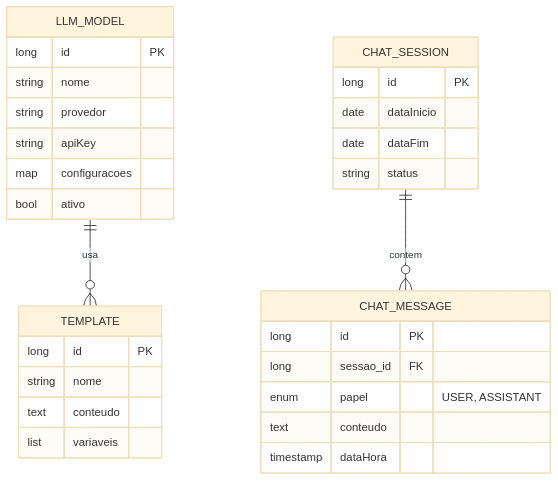
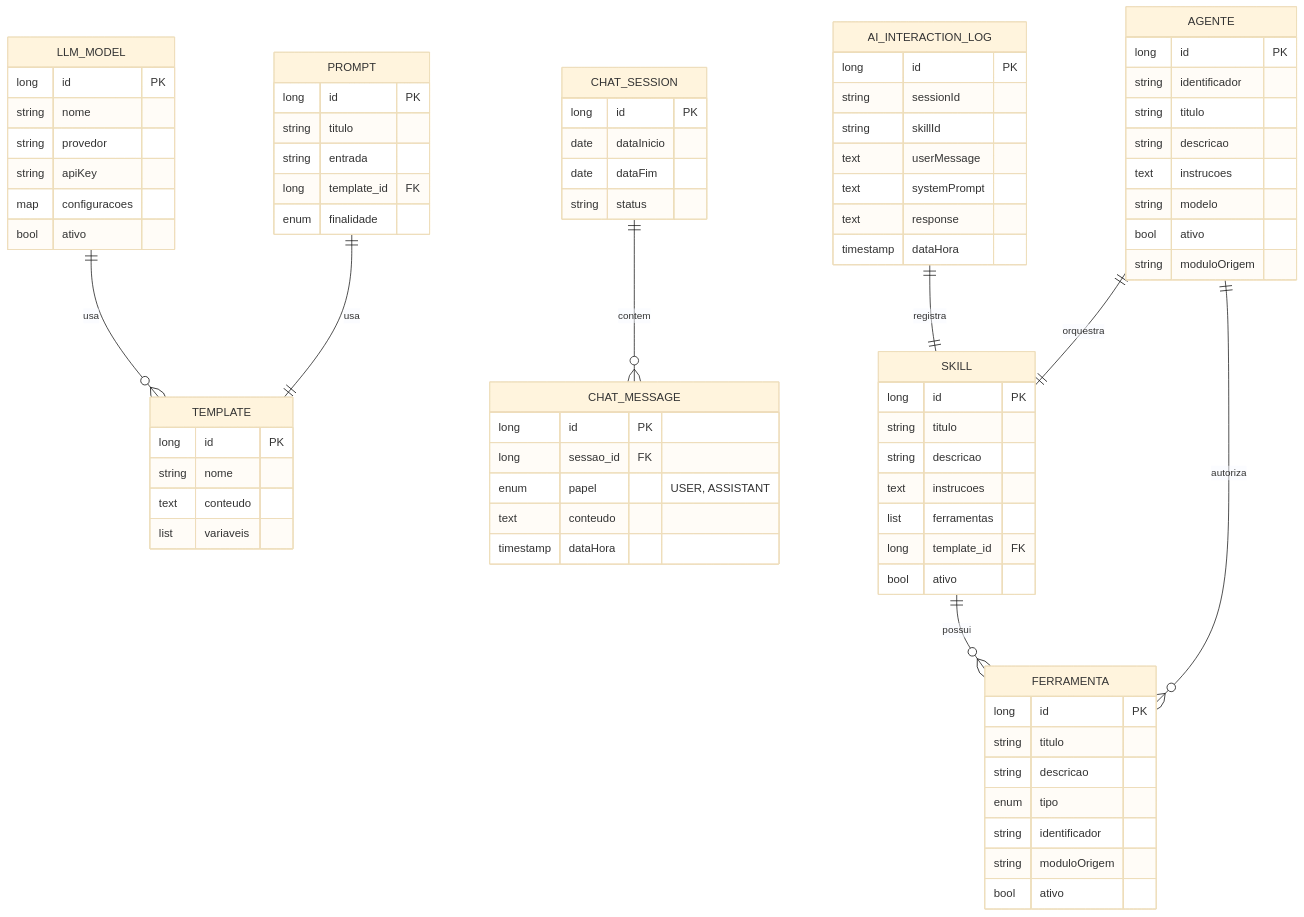
One commit to israelita-felipe/ia-core changed the diagram in ia-core/CDU/Manter-LLM/README.md. Above: the diagram before and after it, drawn with Mermaid (base theme). The commit also changed other lines of this file and 374 other files, not shown here.

````diff
--- a/ia-core/CDU/Manter-LLM/README.md
+++ b/ia-core/CDU/Manter-LLM/README.md
@@ -107,7 +228,12 @@
 erDiagram
     LLM_MODEL ||--o{ TEMPLATE : usa
     CHAT_SESSION ||--o{ CHAT_MESSAGE : contem
-    
+    PROMPT ||--|| TEMPLATE : usa
+    SKILL ||--o{ FERRAMENTA : possui
+    AI_INTERACTION_LOG ||--|| SKILL : registra
+    AGENTE ||--o{ FERRAMENTA : autoriza
+    AGENTE ||--|| SKILL : orquestra
+
     LLM_MODEL {
         long id PK
         string nome
@@ -116,21 +242,29 @@
         map configuracoes
         bool ativo
     }
-    
+
     TEMPLATE {
         long id PK
         string nome
         text conteudo
         list variaveis
     }
-    
+
+    PROMPT {
+        long id PK
+        string titulo
+        string entrada
+        long template_id FK
+        enum finalidade
+    }
+
     CHAT_SESSION {
         long id PK
         date dataInicio
         date dataFim
         string status
     }
-    
+
     CHAT_MESSAGE {
         long id PK
         long sessao_id FK
@@ -138,4 +272,45 @@
         text conteudo
         timestamp dataHora
     }
+
+    SKILL {
+        long id PK
+        string titulo
+        string descricao
+        text instrucoes
+        list ferramentas
+        long template_id FK
+        bool ativo
+    }
+
+    FERRAMENTA {
+        long id PK
+        string titulo
+        string descricao
+        enum tipo
+        string identificador
+        string moduloOrigem
+        bool ativo
+    }
+
+    AI_INTERACTION_LOG {
+        long id PK
+        string sessionId
+        string skillId
+        text userMessage
+        text systemPrompt
+        text response
+        timestamp dataHora
+    }
+
+    AGENTE {
+        long id PK
+        string identificador
+        string titulo
+        string descricao
+        text instrucoes
+        string modelo
+        bool ativo
+        string moduloOrigem
+    }
 ```
````
